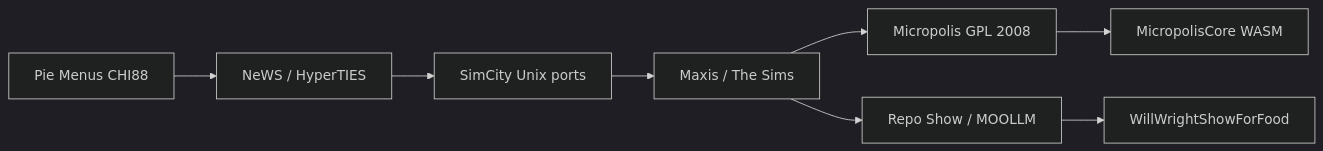
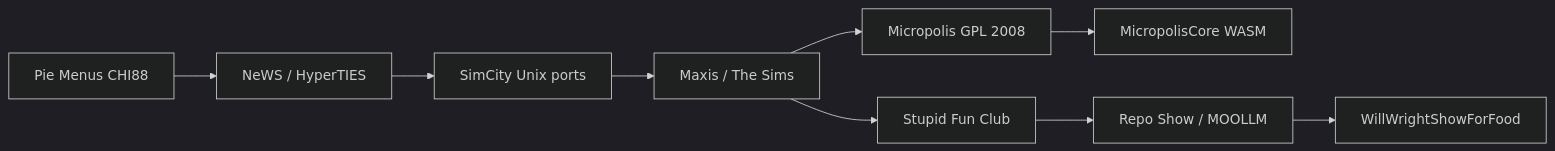
One commit to SimHacker/WillWrightShowForFood changed the diagram in characters/don-hopkins/README.md. Above: the diagram before and after it, drawn with Mermaid (dark theme). The commit also changed other lines of this file and 30 other files, not shown here.

````diff
--- a/characters/don-hopkins/README.md
+++ b/characters/don-hopkins/README.md
@@ -26,10 +38,11 @@
 ```mermaid
 flowchart LR
   PieMenus[Pie Menus CHI88] --> NeWS[NeWS / HyperTIES]
   NeWS --> SimCityUnix[SimCity Unix ports]
   SimCityUnix --> Maxis[Maxis / The Sims]
+  Maxis --> SFC[Stupid Fun Club]
   Maxis --> Micropolis[Micropolis GPL 2008]
   Micropolis --> MicropolisCore[MicropolisCore WASM]
-  Maxis --> RepoShow[Repo Show / MOOLLM]
+  SFC --> RepoShow[Repo Show / MOOLLM]
   RepoShow --> WWSFF[WillWrightShowForFood]
 ```
````
